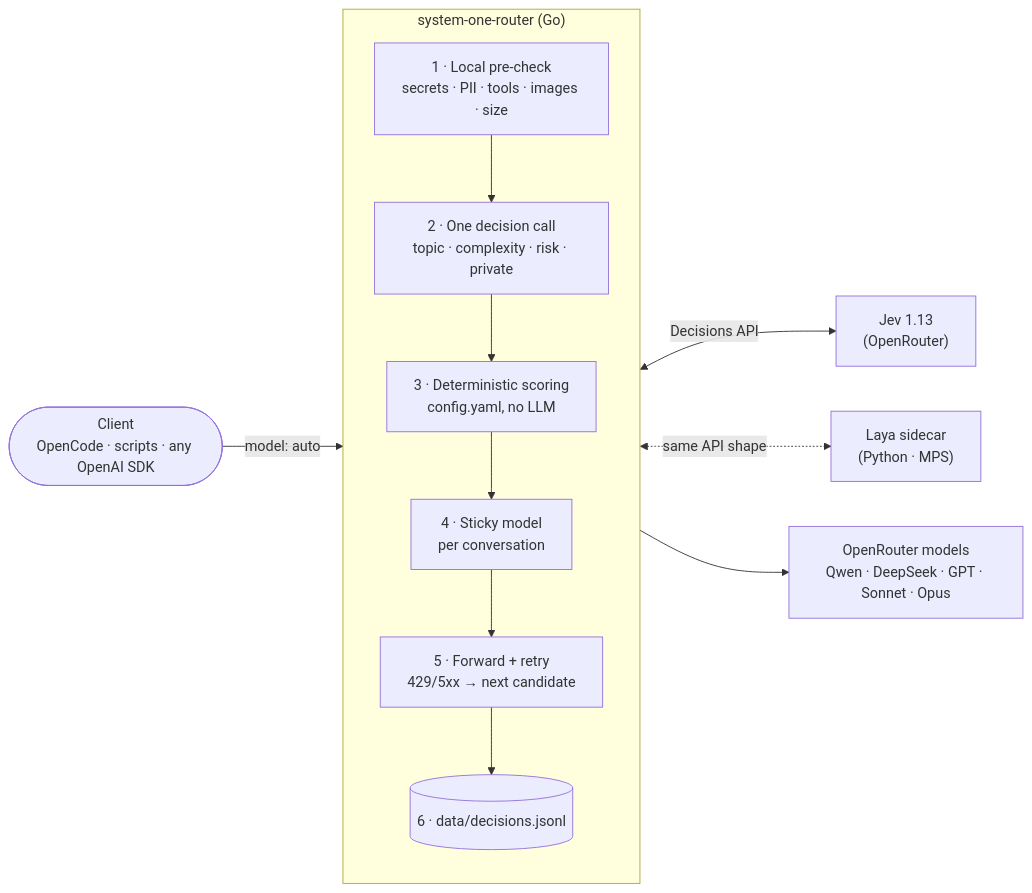
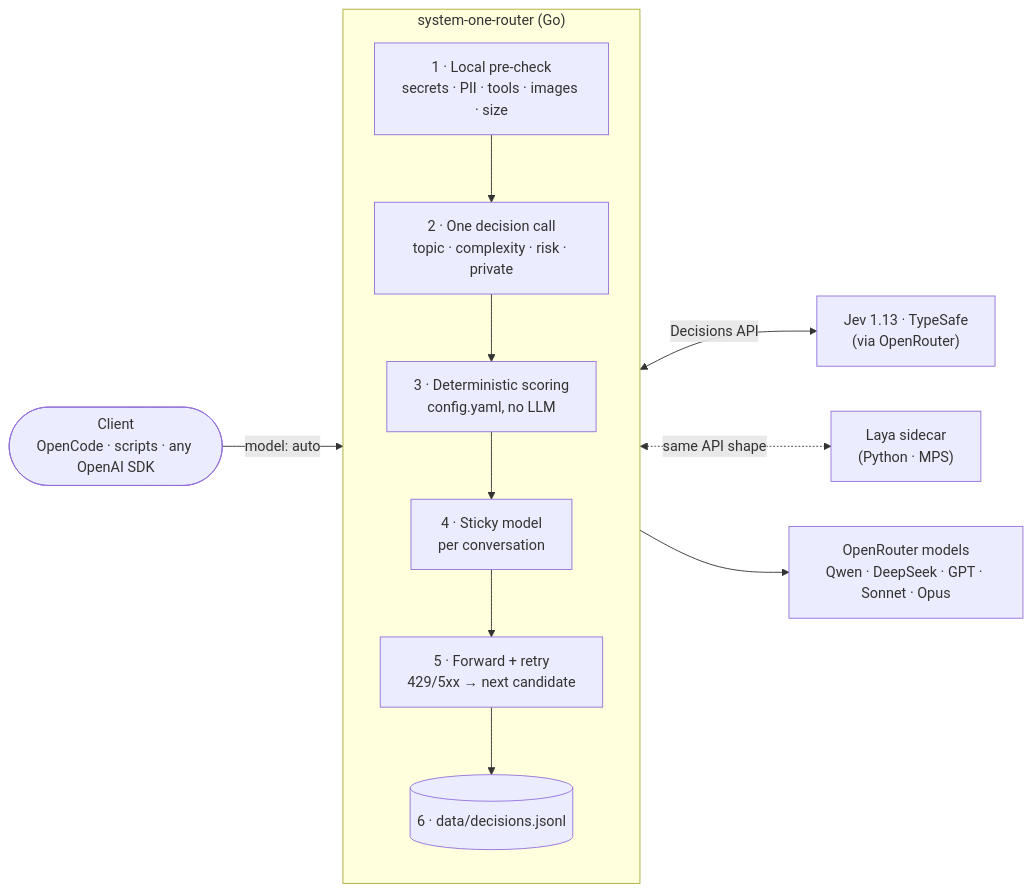
The diagram in content/en/posts/system-one-router-picking-the-right-llm-for-every-prompt/index.md (mmornati/mornati-blog), drawn with Mermaid before and after one commit. The commit also changed other lines of this file and 3 other files, not shown here.

First line of the commit message:
Credit TypeSafe for Jev and align EN/FR/IT terminology

````diff
--- a/content/en/posts/system-one-router-picking-the-right-llm-for-every-prompt/index.md
+++ b/content/en/posts/system-one-router-picking-the-right-llm-for-every-prompt/index.md
@@ -106,19 +106,19 @@
 ```mermaid
 flowchart LR
     C(["Client<br/>OpenCode · scripts · any OpenAI SDK"]) -->|"model: auto"| P
 
     subgraph GW["system-one-router (Go)"]
         direction TB
         P["1 · Local pre-check<br/>secrets · PII · tools · images · size"]
         D["2 · One decision call<br/>topic · complexity · risk · private"]
         S["3 · Deterministic scoring<br/>config.yaml, no LLM"]
         K["4 · Sticky model<br/>per conversation"]
         F["5 · Forward + retry<br/>429/5xx → next candidate"]
         L[("6 · data/decisions.jsonl")]
         P --> D --> S --> K --> F --> L
     end
 
-    D <-->|"Decisions API"| J["Jev 1.13<br/>(OpenRouter)"]
+    D <-->|"Decisions API"| J["Jev 1.13 · TypeSafe<br/>(via OpenRouter)"]
     D <-.->|"same API shape"| LY["Laya sidecar<br/>(Python · MPS)"]
     F --> M["OpenRouter models<br/>Qwen · DeepSeek · GPT · Sonnet · Opus"]
 ```
````
